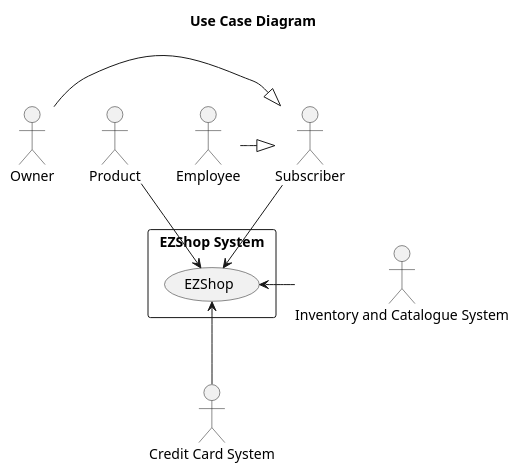
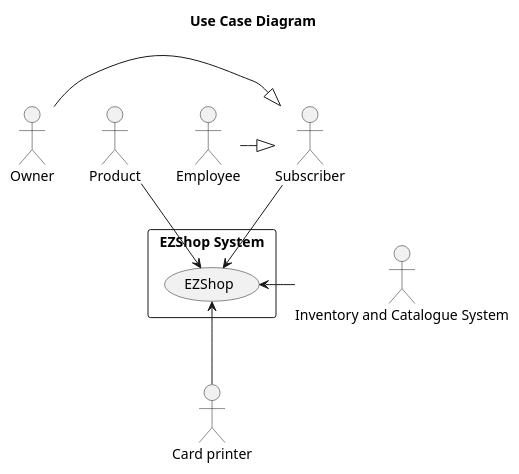
Before and after one commit to nicolabattaglino/ezshop: the first of 2 diagrams in Deliverables/RequirementsDocument.md, drawn with PlantUML. The commit also changed other lines of this file, not shown here.

Commit message:
Update RequirementsDocument.md update contex diagram and glossary

````diff
--- a/Deliverables/RequirementsDocument.md
+++ b/Deliverables/RequirementsDocument.md
@@ -51,29 +51,29 @@
 ```plantuml
 @startuml
 
 
 title Use Case Diagram 
 
 
 
 
 actor Owner
 
 actor Product
 actor Subscriber
 actor Employee
-actor :Credit Card System: as CreditCardSystem
+actor :Card printer: as cardPrinter
 actor :Inventory and Catalogue System: as IandCS
 rectangle "EZShop System" as EZShopSystem{
 (EZShop)
 }
 Subscriber --> EZShop
 Owner -|> Subscriber
 Employee -|>Subscriber
 Product --> EZShop
-EZShop <-- CreditCardSystem 
+EZShop <-- cardPrinter
 IandCS -> EZShop
 
 
 @enduml
 ```
````
